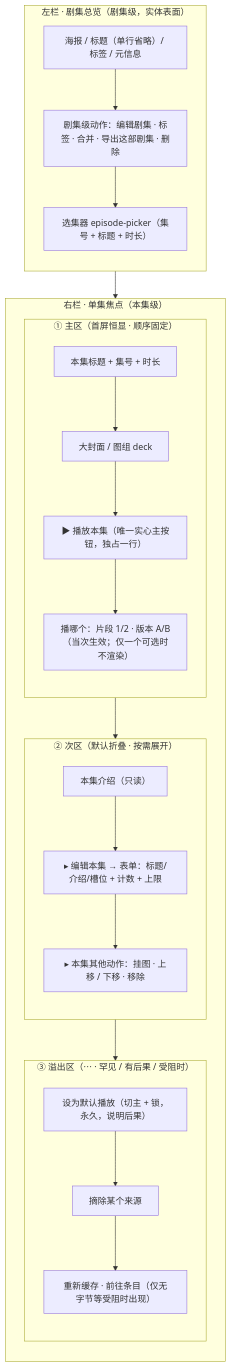
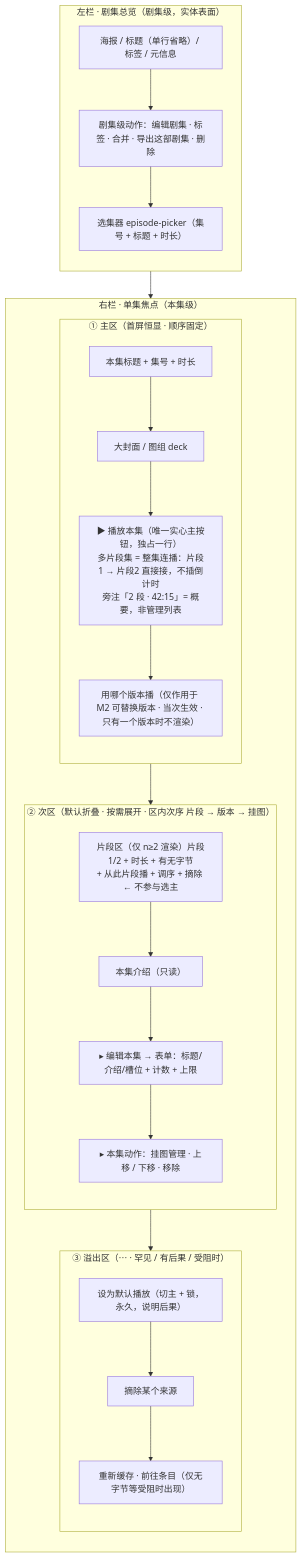
Before and after one commit to origadmin/orig-hub: the second of 2 diagrams in docs/design/episode-internal-ia.md, drawn with Mermaid. The commit also changed other lines of this file and 3 other files, not shown here.

````diff
--- a/docs/design/episode-internal-ia.md
+++ b/docs/design/episode-internal-ia.md
@@ -196,39 +220,40 @@
 ```mermaid
 flowchart TB
   subgraph LEFT["左栏 · 剧集总览（剧集级，实体表面）"]
     direction TB
     L1["海报 / 标题（单行省略）/ 标签 / 元信息"]
     L2["剧集级动作：编辑剧集 · 标签 · 合并 · 导出这部剧集 · 删除"]
     L3["选集器 episode-picker（集号 + 标题 + 时长）"]
     L1 --> L2 --> L3
   end
 
   subgraph RIGHT["右栏 · 单集焦点（本集级）"]
     direction TB
     subgraph PRIMARY["① 主区（首屏恒显 · 顺序固定）"]
       direction TB
       A1["本集标题 + 集号 + 时长"]
       A2["大封面 / 图组 deck"]
-      A3["▶ 播放本集（唯一实心主按钮，独占一行）"]
-      A4["播哪个：片段 1/2 · 版本 A/B（当次生效；仅一个可选时不渲染）"]
+      A3["▶ 播放本集（唯一实心主按钮，独占一行）<br/>多片段集 = 整集连播：片段1 → 片段2 直接接，不插倒计时<br/>旁注「2 段 · 42:15」= 概要，非管理列表"]
+      A4["用哪个版本播（仅作用于 M2 可替换版本 · 当次生效 · 只有一个版本时不渲染）"]
       A1 --> A2 --> A3 --> A4
     end
-    subgraph SECONDARY["② 次区（默认折叠 · 按需展开）"]
+    subgraph SECONDARY["② 次区（默认折叠 · 按需展开 · 区内次序 片段 → 版本 → 挂图）"]
       direction TB
+      B0["片段区（仅 n≥2 渲染）片段1/2 + 时长 + 有无字节<br/>+ 从此片段播 + 调序 + 摘除 ← 不参与选主"]
       B1["本集介绍（只读）"]
       B2["▸ 编辑本集 → 表单：标题/介绍/槽位 + 计数 + 上限"]
-      B3["▸ 本集其他动作：挂图 · 上移 / 下移 · 移除"]
-      B1 --> B2 --> B3
+      B3["▸ 本集动作：挂图管理 · 上移 / 下移 · 移除"]
+      B0 --> B1 --> B2 --> B3
     end
     subgraph OVERFLOW["③ 溢出区（⋯ · 罕见 / 有后果 / 受阻时）"]
       direction TB
       C1["设为默认播放（切主 + 锁，永久，说明后果）"]
       C2["摘除某个来源"]
       C3["重新缓存 · 前往条目（仅无字节等受阻时出现）"]
       C1 --> C2 --> C3
     end
     PRIMARY --> SECONDARY --> OVERFLOW
   end
 
   LEFT --> RIGHT
 ```
````
